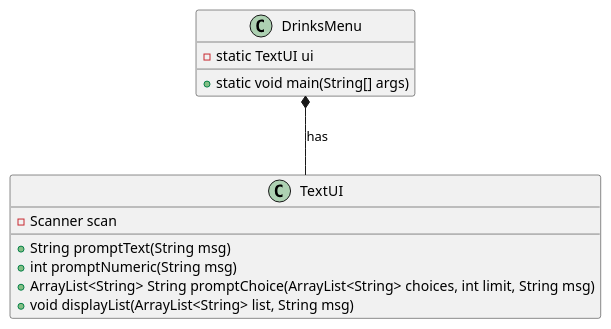
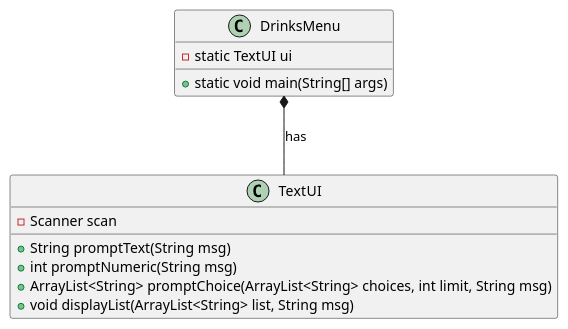
Before and after one commit to Eligoon/DrinksMenu: the diagram in doc/TextUIclassdiagram.puml, drawn with PlantUML. The commit also changed 1 other file, not shown here.

```diff
--- a/doc/TextUIclassdiagram.puml
+++ b/doc/TextUIclassdiagram.puml
@@ -1,20 +1,20 @@
 @startuml
 
 class TextUI {
 - Scanner scan
 ' shows a message and returns the user's input as a String
 + String promptText(String msg)
 ' shows a message and returns the user's input as an integer
 + int promptNumeric(String msg)
 ' shows the options, promts for choices until limit is reached, and returns the user's choices as a list
-+ ArrayList<String> String promptChoice(ArrayList<String> choices, int limit, String msg)
++ ArrayList<String> promptChoice(ArrayList<String> choices, int limit, String msg)
 ' shows a message and lists the content of a list
 + void displayList(ArrayList<String> list, String msg)
 }
 
 class DrinksMenu {
 - static TextUI ui
 + static void main(String[] args)
 }
 DrinksMenu *-- TextUI: has
 @endumluml
```
